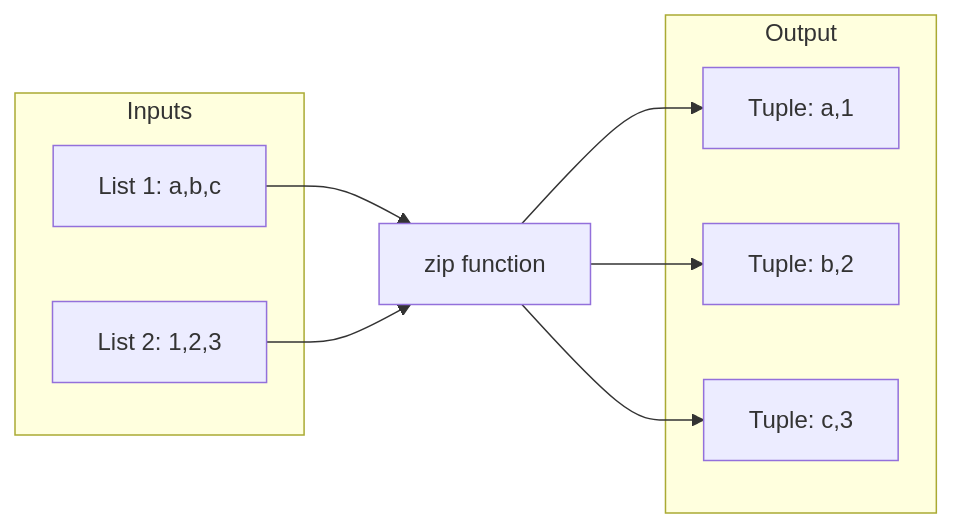
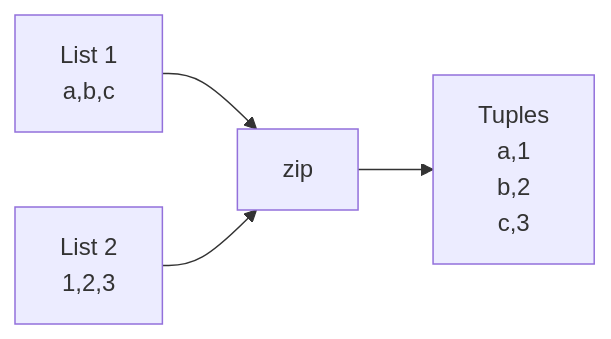
The third of 6 diagrams in source/_posts/Python-Looping-Iterators-The-Comprehensive-Guide.md (whereq/whereq.github.io-hexo), drawn with Mermaid before and after one commit. The commit also changed other lines of this file, not shown here.

````diff
--- a/source/_posts/Python-Looping-Iterators-The-Comprehensive-Guide.md
+++ b/source/_posts/Python-Looping-Iterators-The-Comprehensive-Guide.md
@@ -143,19 +144,6 @@
 ```mermaid
 graph LR
-    subgraph Inputs
-        A[List 1: a,b,c]
-        B[List 2: 1,2,3]
-    end
-    
-    subgraph Output
-        C[Tuple: a,1]
-        D[Tuple: b,2]
-        E[Tuple: c,3]
-    end
-    
-    A --> zip[zip function]
-    B --> zip
-    zip --> C
-    zip --> D
-    zip --> E
+    A[List 1<br/>a,b,c] --> Z[zip]
+    B[List 2<br/>1,2,3] --> Z
+    Z --> C[Tuples<br/>a,1<br/>b,2<br/>c,3]
 ```
````
